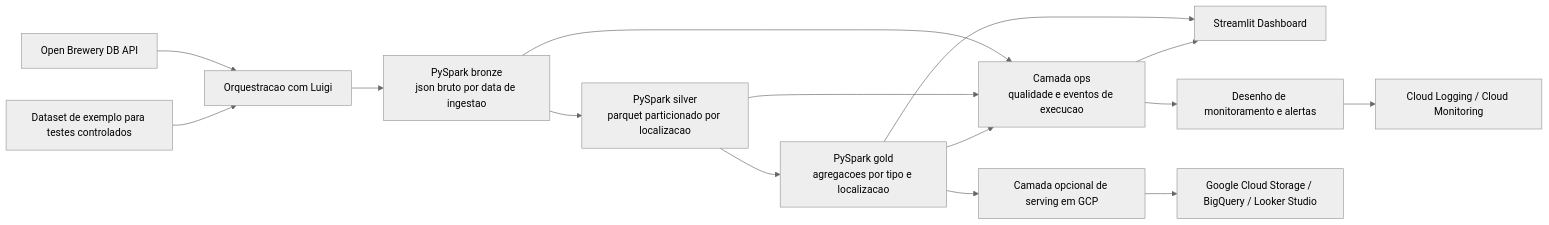
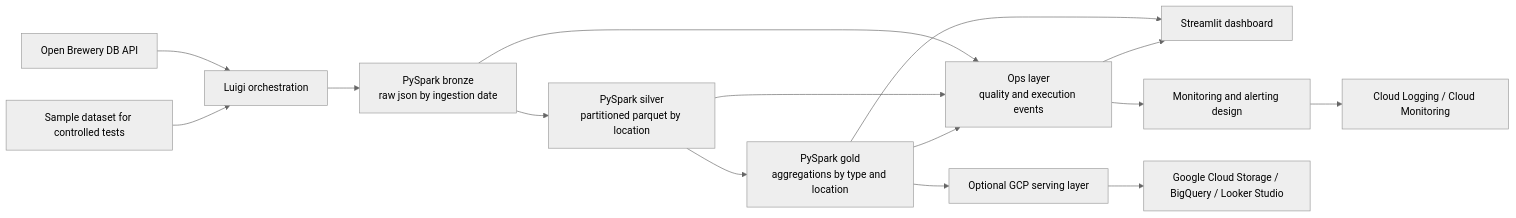
One commit to leorosp/bees-data-engineering-case changed the diagram in docs/architecture.md. Above: the diagram before and after it, drawn with Mermaid (neutral theme). The commit also changed other lines of this file and 13 other files, not shown here.

````diff
--- a/docs/architecture.md
+++ b/docs/architecture.md
@@ -7,18 +7,18 @@
 ```mermaid
 flowchart LR
-    A["Open Brewery DB API"] --> B["Orquestracao com Luigi"]
-    Z["Dataset de exemplo para testes controlados"] --> B
-    B --> C["PySpark bronze<br/>json bruto por data de ingestao"]
-    C --> D["PySpark silver<br/>parquet particionado por localizacao"]
-    D --> E["PySpark gold<br/>agregacoes por tipo e localizacao"]
-    C --> O["Camada ops<br/>qualidade e eventos de execucao"]
+    A["Open Brewery DB API"] --> B["Luigi orchestration"]
+    Z["Sample dataset for controlled tests"] --> B
+    B --> C["PySpark bronze<br/>raw json by ingestion date"]
+    C --> D["PySpark silver<br/>partitioned parquet by location"]
+    D --> E["PySpark gold<br/>aggregations by type and location"]
+    C --> O["Ops layer<br/>quality and execution events"]
     D --> O
     E --> O
-    E --> F["Streamlit Dashboard"]
+    E --> F["Streamlit dashboard"]
     O --> F
-    O --> M["Desenho de monitoramento e alertas"]
+    O --> M["Monitoring and alerting design"]
 
-    E --> G["Camada opcional de serving em GCP"]
+    E --> G["Optional GCP serving layer"]
     G --> H["Google Cloud Storage / BigQuery / Looker Studio"]
     M --> I["Cloud Logging / Cloud Monitoring"]
 ```
````
